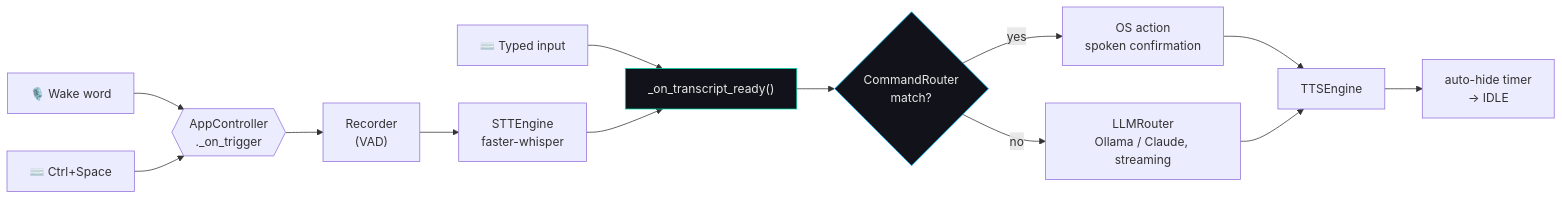
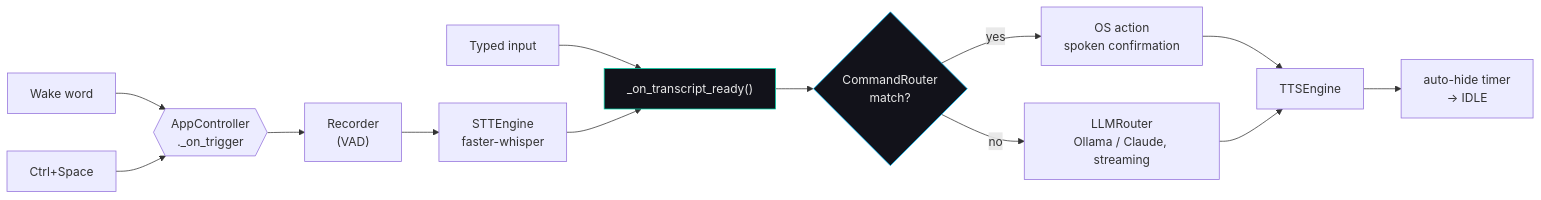
One commit to sametgurtuna/SAM changed the second of 10 diagrams in docs/ARCHITECTURE.md. Above: the diagram before and after it, drawn with Mermaid. The commit also changed other lines of this file and 21 other files, not shown here.

````diff
--- a/docs/ARCHITECTURE.md
+++ b/docs/ARCHITECTURE.md
@@ -67,21 +66,21 @@
 ```mermaid
 flowchart LR
-    A["🎙️ Wake word"] --> D{{"AppController\n._on_trigger"}}
-    B["⌨️ Ctrl+Space"] --> D
-    C["⌨️ Typed input"] --> E["_on_transcript_ready()"]
+    A["Wake word"] --> D{{"AppController\n._on_trigger"}}
+    B["Ctrl+Space"] --> D
+    C["Typed input"] --> E["_on_transcript_ready()"]
 
     D --> R["Recorder\n(VAD)"]
     R --> S["STTEngine\nfaster-whisper"]
     S --> E
 
     E --> M{"CommandRouter\nmatch?"}
     M -- "yes" --> H["OS action\nspoken confirmation"]
     M -- "no" --> L["LLMRouter\nOllama / Claude, streaming"]
 
     H --> T["TTSEngine"]
     L --> T
-    T --> I["auto-hide timer\n→ IDLE"]
+    T --> I["auto-hide timer\n-> IDLE"]
 
     style E fill:#12121a,stroke:#00D4AA,color:#e8e8e8
     style M fill:#12121a,stroke:#00BFFF,color:#e8e8e8
 ```
````
